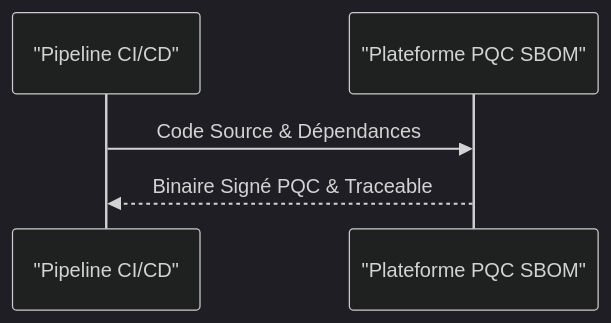
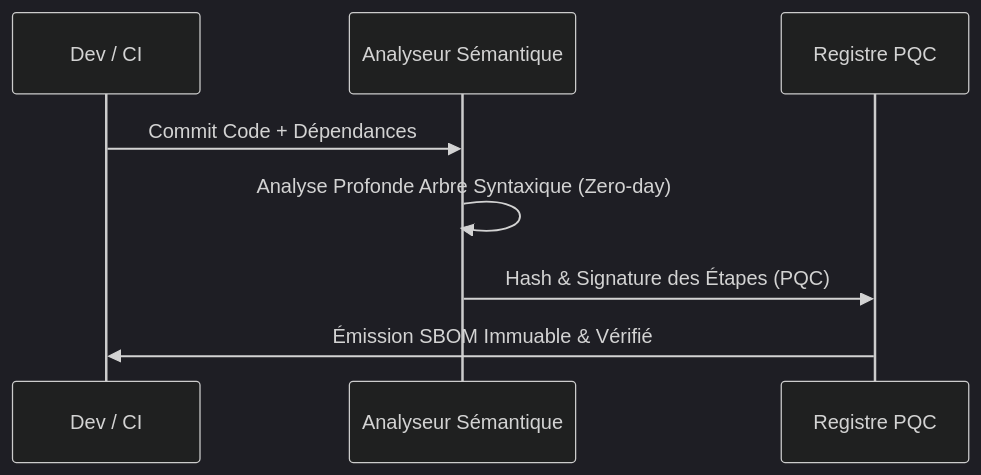
One commit to flouzzy/top-100-ai-startup-ideas changed the second of 2 diagrams in archive/pqc-sbom-validator/README.fr.md. Above: the diagram before and after it, drawn with Mermaid (dark theme). The commit also changed other lines of this file and 56 other files, not shown here.

````diff
--- a/archive/pqc-sbom-validator/README.fr.md
+++ b/archive/pqc-sbom-validator/README.fr.md
@@ -37,7 +38,10 @@
 ```mermaid
 sequenceDiagram
-    participant D as "Pipeline CI/CD"
-    participant S as "Plateforme PQC SBOM"
-    D->>S: Code Source & Dépendances
-    S-->>D: Binaire Signé PQC & Traceable
+    participant Dev as Dev / CI
+    participant AST as Analyseur Sémantique
+    participant Registre as Registre PQC
+    Dev->>AST: Commit Code + Dépendances
+    AST->>AST: Analyse Profonde Arbre Syntaxique (Zero-day)
+    AST->>Registre: Hash & Signature des Étapes (PQC)
+    Registre->>Dev: Émission SBOM Immuable & Vérifié
 ```
````
